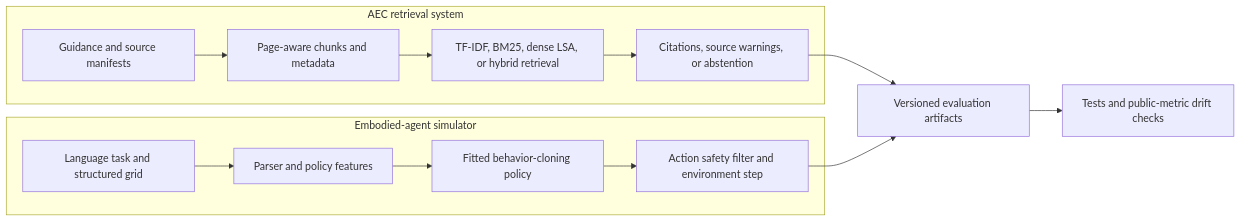
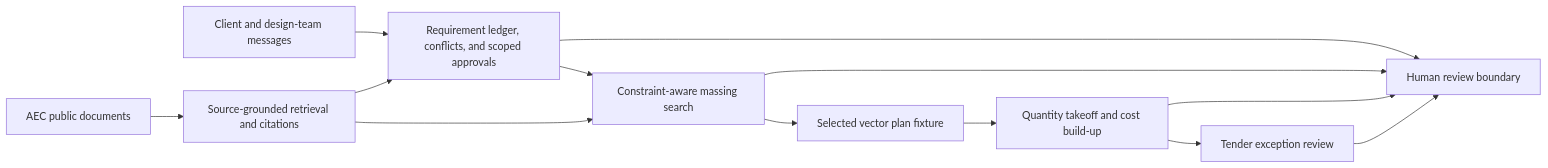
The diagram in README.md (josiahsutd-stack/ai-portfolio), drawn with Mermaid before and after one commit. The commit also changed other lines of this file and 206 other files, not shown here.

````diff
--- a/README.md
+++ b/README.md
@@ -27,16 +25,15 @@
 ```mermaid
 flowchart LR
-  subgraph RAG["AEC retrieval system"]
-    R1["Guidance and source manifests"] --> R2["Page-aware chunks and metadata"]
-    R2 --> R3["TF-IDF, BM25, dense LSA, or hybrid retrieval"]
-    R3 --> R4["Citations, source warnings, or abstention"]
-  end
-  subgraph EMB["Embodied-agent simulator"]
-    E1["Language task and structured grid"] --> E2["Parser and policy features"]
-    E2 --> E3["Fitted behavior-cloning policy"]
-    E3 --> E4["Action safety filter and environment step"]
-  end
-  R4 --> V["Versioned evaluation artifacts"]
-  E4 --> V
-  V --> G["Tests and public-metric drift checks"]
+  A["Client and design-team messages"] --> B["Requirement ledger, conflicts, and scoped approvals"]
+  B --> C["Constraint-aware massing search"]
+  C --> D["Selected vector plan fixture"]
+  D --> E["Quantity takeoff and cost build-up"]
+  E --> F["Tender exception review"]
+  G["AEC public documents"] --> H["Source-grounded retrieval and citations"]
+  H --> B
+  H --> C
+  B --> I["Human review boundary"]
+  C --> I
+  E --> I
+  F --> I
 ```
````
